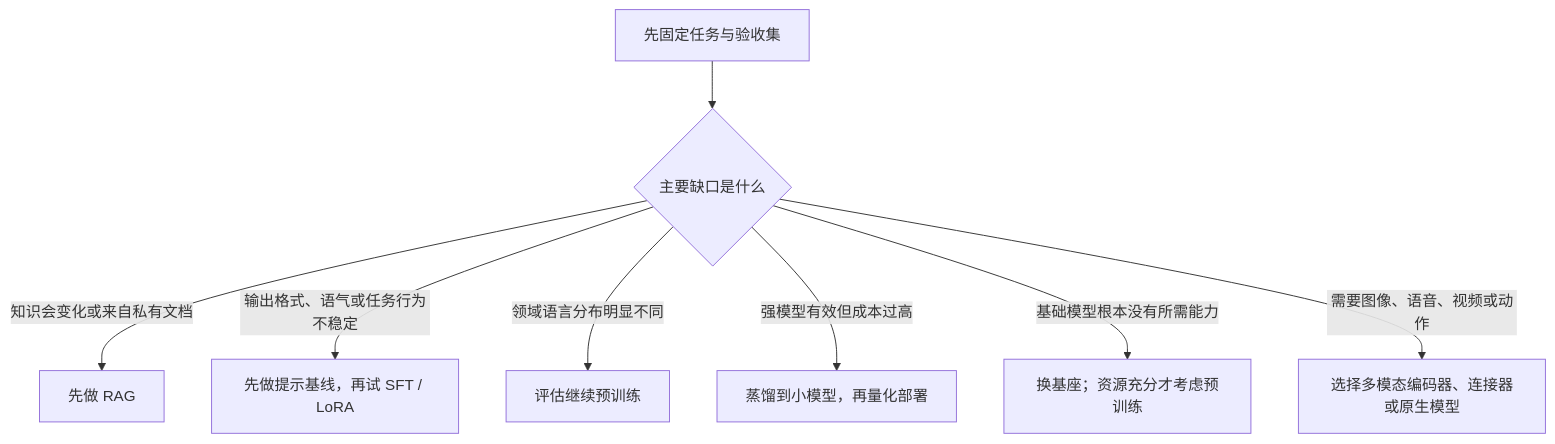
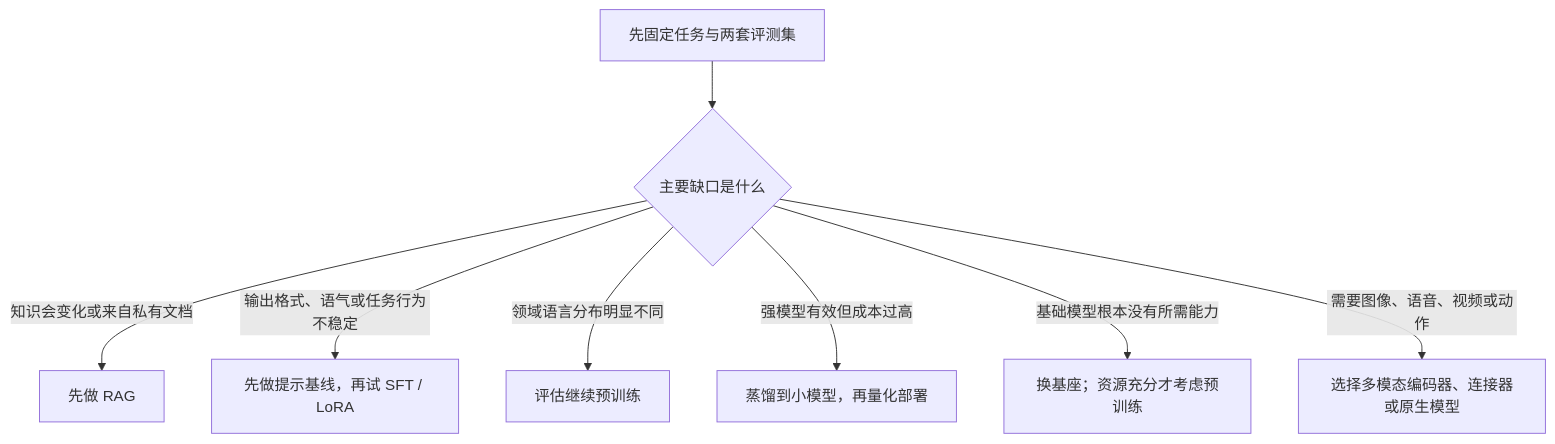
The diagram in 00-从这里开始/能力路线.md (chengzhang0528/LLMTrain), drawn with Mermaid before and after one commit. The commit also changed 123 other files, not shown here.

````diff
--- a/00-从这里开始/能力路线.md
+++ b/00-从这里开始/能力路线.md
@@ -23,10 +23,10 @@
 ```mermaid
 flowchart TB
-    A["先固定任务与验收集"] --> B{"主要缺口是什么"}
+    A["先固定任务与两套评测集"] --> B{"主要缺口是什么"}
     B -->|"知识会变化或来自私有文档"| C["先做 RAG"]
     B -->|"输出格式、语气或任务行为不稳定"| D["先做提示基线，再试 SFT / LoRA"]
     B -->|"领域语言分布明显不同"| E["评估继续预训练"]
     B -->|"强模型有效但成本过高"| F["蒸馏到小模型，再量化部署"]
     B -->|"基础模型根本没有所需能力"| G["换基座；资源充分才考虑预训练"]
     B -->|"需要图像、语音、视频或动作"| H["选择多模态编码器、连接器或原生模型"]
 ```
````
